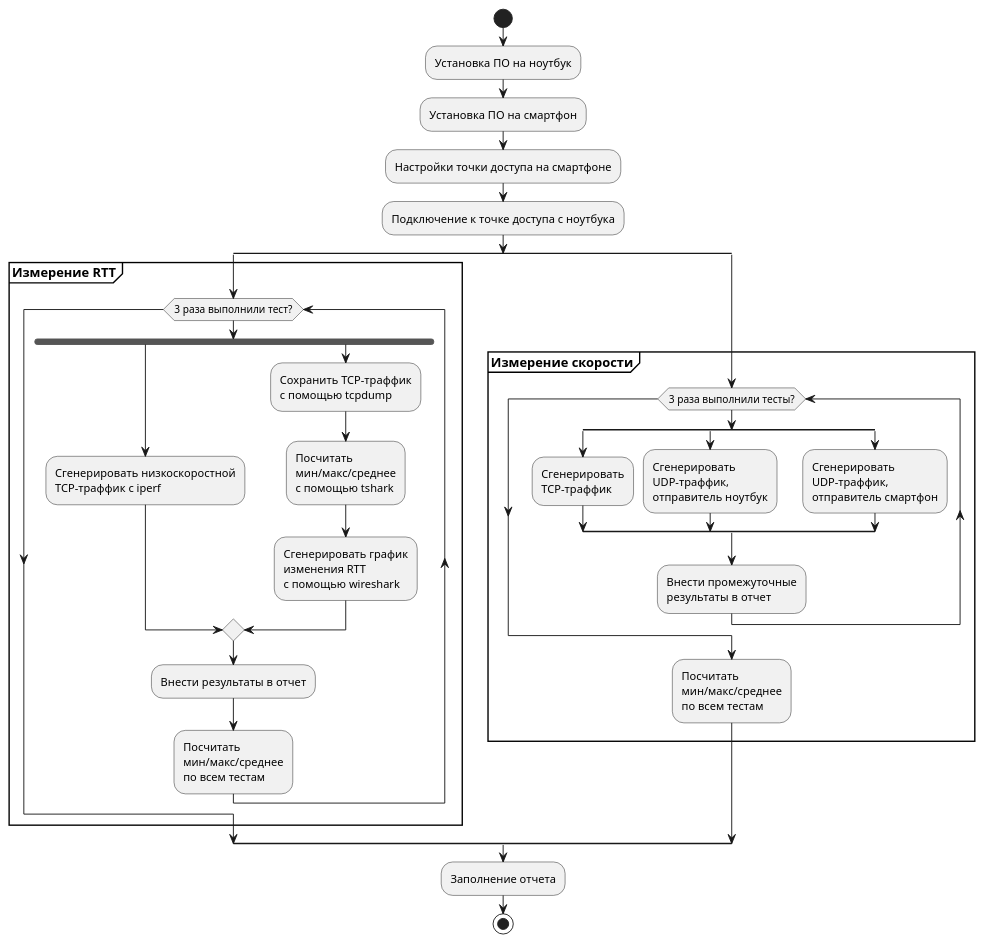
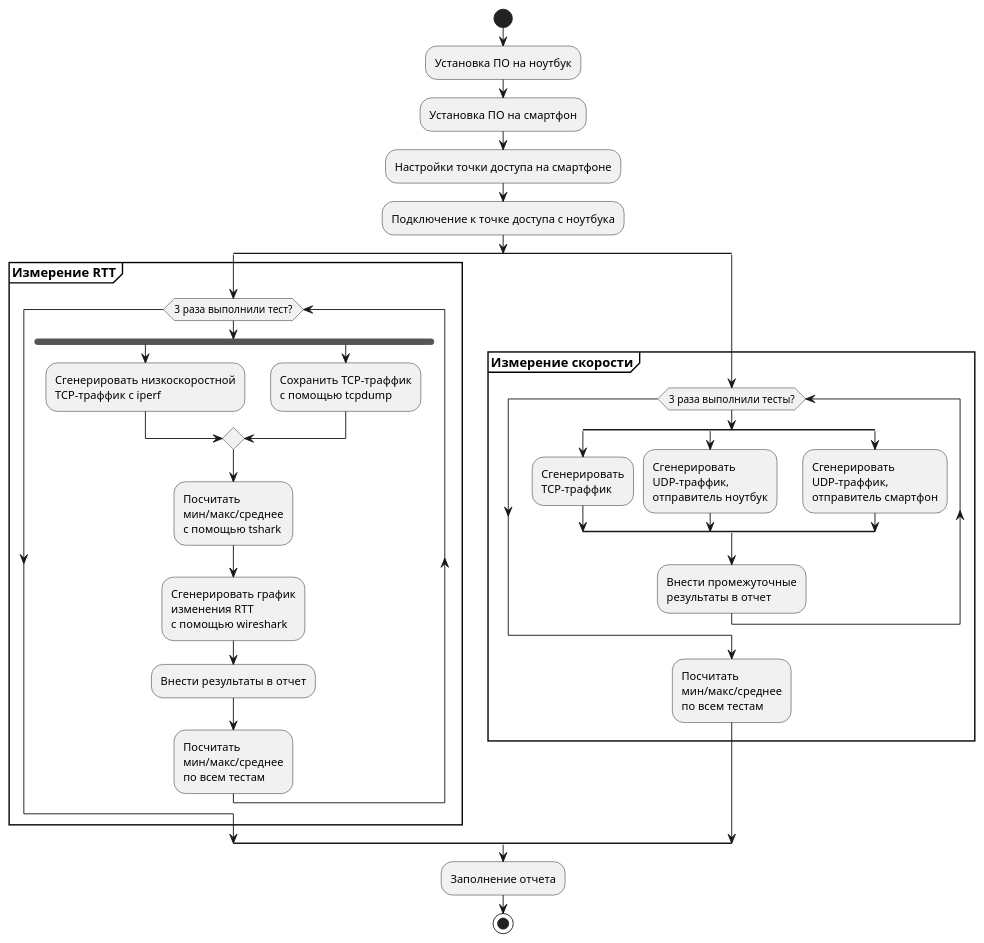
Before and after one commit to comeillfoo/telecom-netsys-design-3: the diagram in activity.pu, drawn with PlantUML.

Commit message:
fix(activity): move non-parallel activities after merge

```diff
--- a/activity.pu
+++ b/activity.pu
@@ -1,38 +1,38 @@
 @startuml
 start
 :Установка ПО на ноутбук;
 :Установка ПО на смартфон;
 :Настройки точки доступа на смартфоне;
 :Подключение к точке доступа с ноутбука;
 split
 partition "**Измерение RTT**" {
 while (3 раза выполнили тест?)
   fork
     :Сгенерировать низкоскоростной\nTCP-траффик с iperf;
   fork again
     :Сохранить TCP-траффик\nс помощью tcpdump;
-    :Посчитать\nмин/макс/среднее\nс помощью tshark;
-    :Сгенерировать график\nизменения RTT\nс помощью wireshark;
   end merge
+  :Посчитать\nмин/макс/среднее\nс помощью tshark;
+  :Сгенерировать график\nизменения RTT\nс помощью wireshark;
   :Внести результаты в отчет;
   :Посчитать\nмин/макс/среднее\nпо всем тестам;
 end while
 }
 split again
 partition "**Измерение скорости**" {
   while (3 раза выполнили тесты?)
     split
       :Сгенерировать\nTCP-траффик;  
     split again
       :Сгенерировать\nUDP-траффик,\nотправитель ноутбук;  
     split again
       :Сгенерировать\nUDP-траффик,\nотправитель смартфон;
     end split
     :Внести промежуточные\nрезультаты в отчет;
   end while
   :Посчитать\nмин/макс/среднее\nпо всем тестам;
 }
 end split
 :Заполнение отчета;
 stop
 @enduml
```
